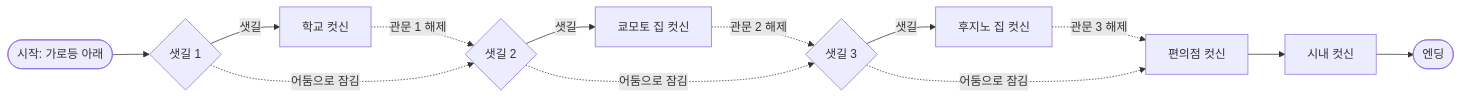
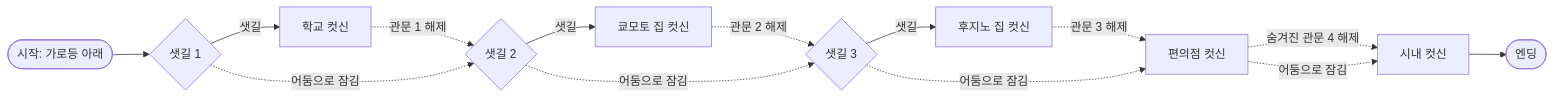
Before and after one commit to KimByeongHoon51/LookBack_aScene: the diagram in README.md, drawn with Mermaid. The commit also changed other lines of this file and 1 other file, not shown here.

First line of the commit message:
발자국 소리 대폭 낮춤, 편의점 뒤 시내 길을 숨겨진 관문으로

````diff
--- a/README.md
+++ b/README.md
@@ -57,14 +57,15 @@
 ```mermaid
 flowchart LR
     S([시작: 가로등 아래]) --> J1{샛길 1}
     J1 -->|샛길| A[학교 컷신]
     A -.관문 1 해제.-> J2
     J1 -.어둠으로 잠김.-> J2{샛길 2}
     J2 -->|샛길| B[쿄모토 집 컷신]
     B -.관문 2 해제.-> J3
     J2 -.어둠으로 잠김.-> J3{샛길 3}
     J3 -->|샛길| C[후지노 집 컷신]
     C -.관문 3 해제.-> D
     J3 -.어둠으로 잠김.-> D[편의점 컷신]
-    D --> E[시내 컷신] --> F([엔딩])
+    D -.숨겨진 관문 4 해제.-> E[시내 컷신] --> F([엔딩])
+    D -.어둠으로 잠김.-> E
 ```
````
